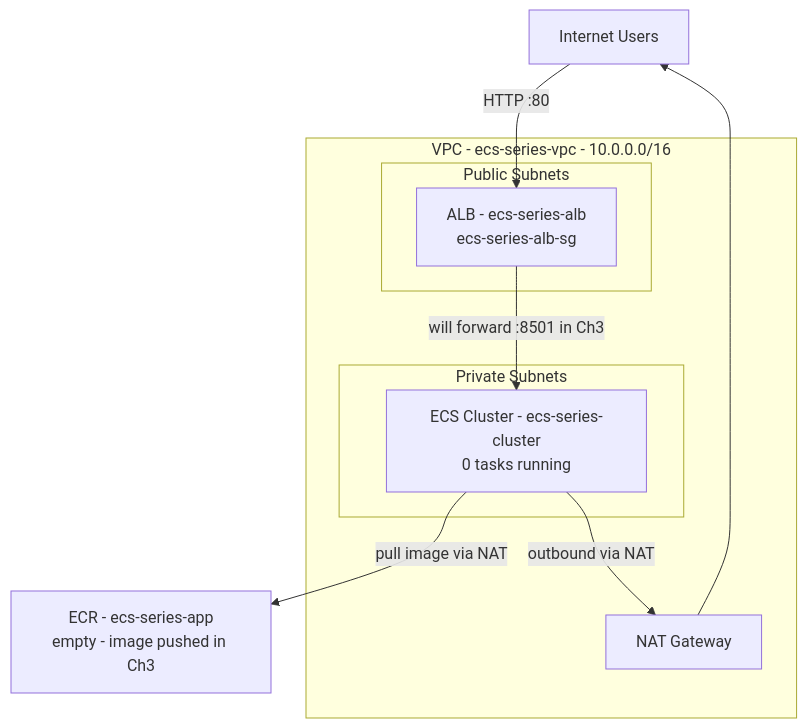
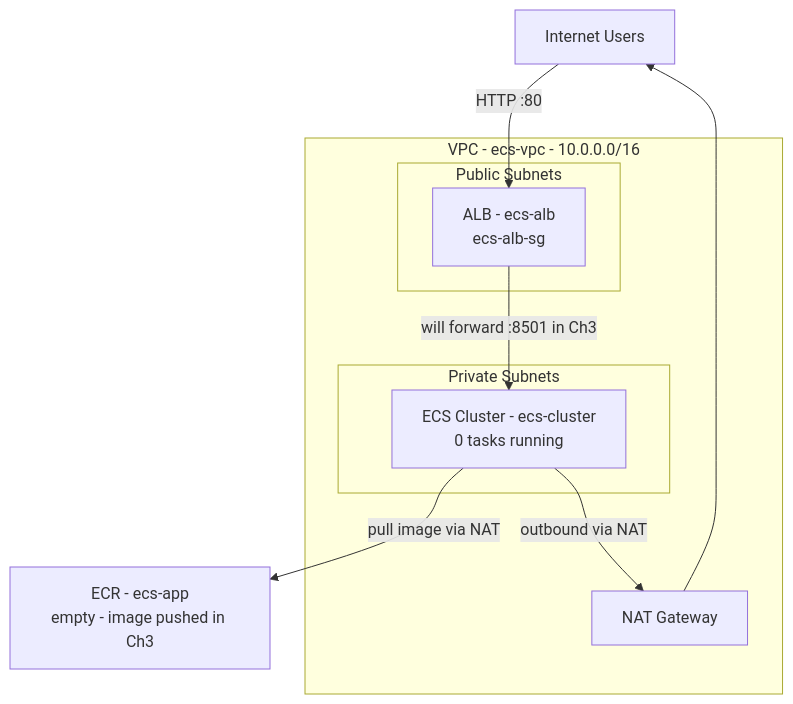
Before and after one commit to kubenine-mohammed/kubeblogs: the second of 2 diagrams in chapter-2/blog-draft.md, drawn with Mermaid. The commit also changed other lines of this file, not shown here.

Commit message:
feat: updated draft according to streamlit app or other app

````diff
--- a/chapter-2/blog-draft.md
+++ b/chapter-2/blog-draft.md
@@ -273,24 +274,24 @@
 ```mermaid
 flowchart TB
     internet[Internet Users]
 
-    subgraph vpc [VPC - ecs-series-vpc - 10.0.0.0/16]
+    subgraph vpc [VPC - ecs-vpc - 10.0.0.0/16]
         subgraph publicSubnets [Public Subnets]
-            alb[ALB - ecs-series-alb\necs-series-alb-sg]
+            alb[ALB - ecs-alb\necs-alb-sg]
         end
 
         subgraph privateSubnets [Private Subnets]
-            cluster[ECS Cluster - ecs-series-cluster\n0 tasks running]
+            cluster[ECS Cluster - ecs-cluster\n0 tasks running]
         end
 
         nat[NAT Gateway]
     end
 
-    ecr[ECR - ecs-series-app\nempty - image pushed in Ch3]
+    ecr[ECR - ecs-app\nempty - image pushed in Ch3]
 
     internet -->|"HTTP :80"| alb
     alb -->|"will forward :8501 in Ch3"| cluster
     cluster -->|"pull image via NAT"| ecr
     cluster -->|"outbound via NAT"| nat
     nat --> internet
 ```
````
